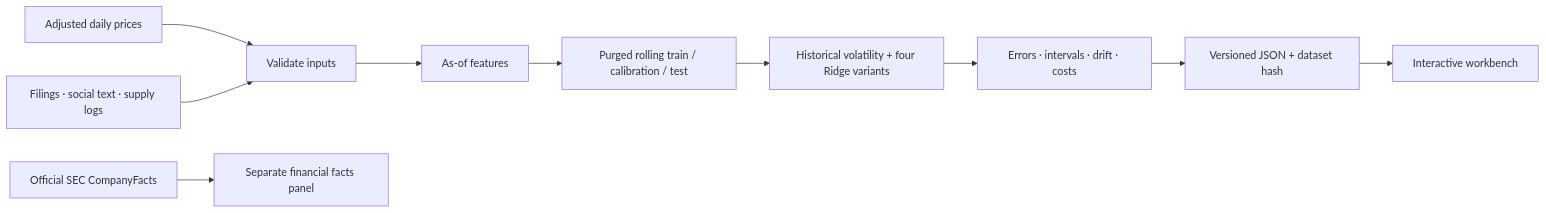
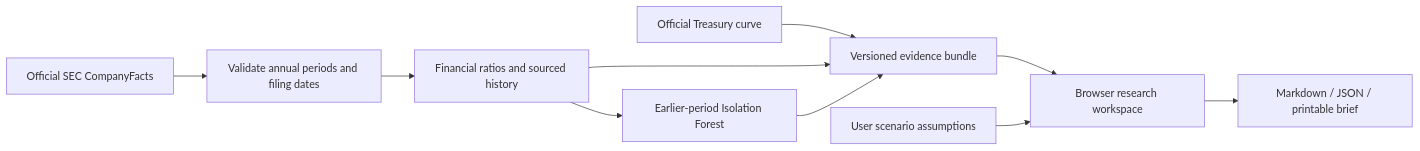
One commit to leon1111-wgl/finscope changed the diagram in README.md. Above: the diagram before and after it, drawn with Mermaid. The commit also changed other lines of this file and 27 other files, not shown here.

Commit message:
feat: deliver real-company financial research and portable briefs

````diff
--- a/README.md
+++ b/README.md
@@ -94,12 +43,12 @@
 ```mermaid
 flowchart LR
-  P[Adjusted daily prices] --> V[Validate inputs]
-  E[Filings · social text · supply logs] --> V
-  V --> T[As-of features]
-  T --> R[Purged rolling train / calibration / test]
-  R --> M[Historical volatility + four Ridge variants]
-  M --> A[Errors · intervals · drift · costs]
-  A --> J[Versioned JSON + dataset hash]
-  J --> U[Interactive workbench]
-  S[Official SEC CompanyFacts] --> F[Separate financial facts panel]
+  S[Official SEC CompanyFacts] --> V[Validate annual periods and filing dates]
+  V --> F[Financial ratios and sourced history]
+  F --> M[Earlier-period Isolation Forest]
+  T[Official Treasury curve] --> B[Versioned evidence bundle]
+  F --> B
+  M --> B
+  B --> U[Browser research workspace]
+  A[User scenario assumptions] --> U
+  U --> R[Markdown / JSON / printable brief]
 ```
````
